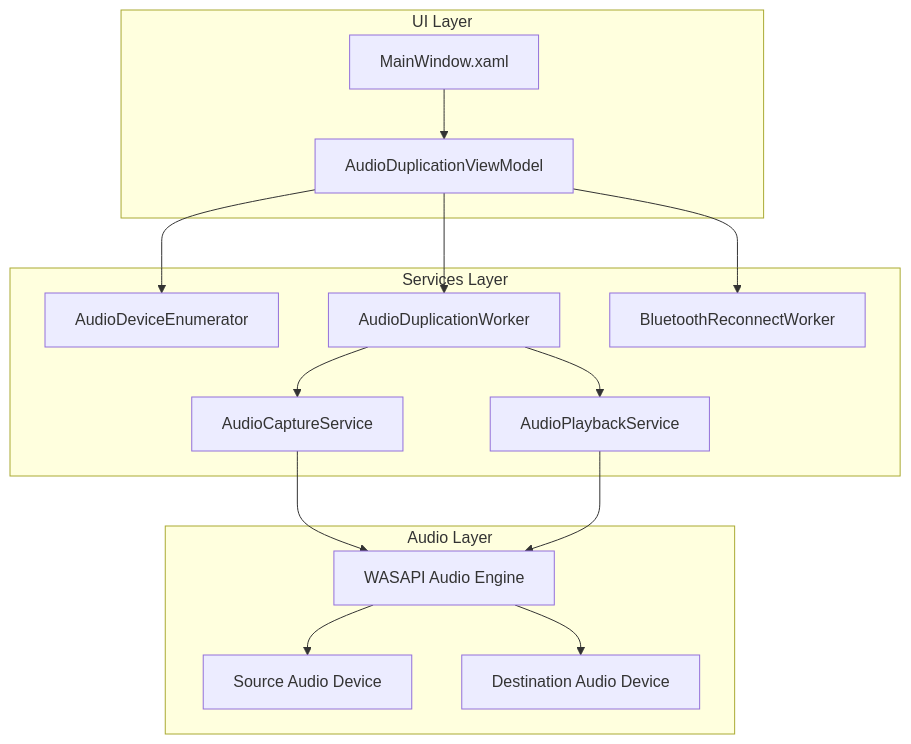
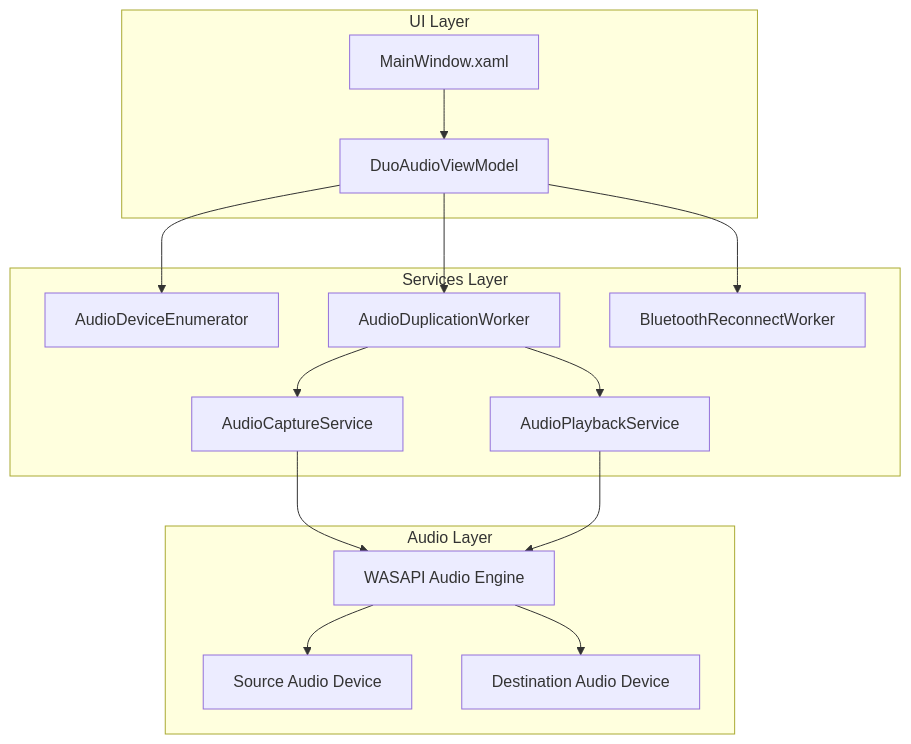
Before and after one commit to Andrews-Consulting/DuoAudio: the first of 2 diagrams in plans/audio-duplication-plan.md, drawn with Mermaid. The commit also changed other lines of this file and 141 other files, not shown here.

````diff
--- a/plans/audio-duplication-plan.md
+++ b/plans/audio-duplication-plan.md
@@ -14,32 +14,32 @@
 ```mermaid
 graph TB
     subgraph UI Layer
         MainWindow[MainWindow.xaml]
-        ViewModel[AudioDuplicationViewModel]
+        ViewModel[DuoAudioViewModel]
     end
     
     subgraph Services Layer
         DeviceEnum[AudioDeviceEnumerator]
         CaptureService[AudioCaptureService]
         PlaybackService[AudioPlaybackService]
         DuplicationWorker[AudioDuplicationWorker]
         BTReconnect[BluetoothReconnectWorker]
     end
     
     subgraph Audio Layer
         WASAPI[WASAPI Audio Engine]
         SourceDevice[Source Audio Device]
         DestDevice[Destination Audio Device]
     end
     
     MainWindow --> ViewModel
     ViewModel --> DeviceEnum
     ViewModel --> DuplicationWorker
     ViewModel --> BTReconnect
     DuplicationWorker --> CaptureService
     DuplicationWorker --> PlaybackService
     CaptureService --> WASAPI
     PlaybackService --> WASAPI
     WASAPI --> SourceDevice
     WASAPI --> DestDevice
 ```
````
